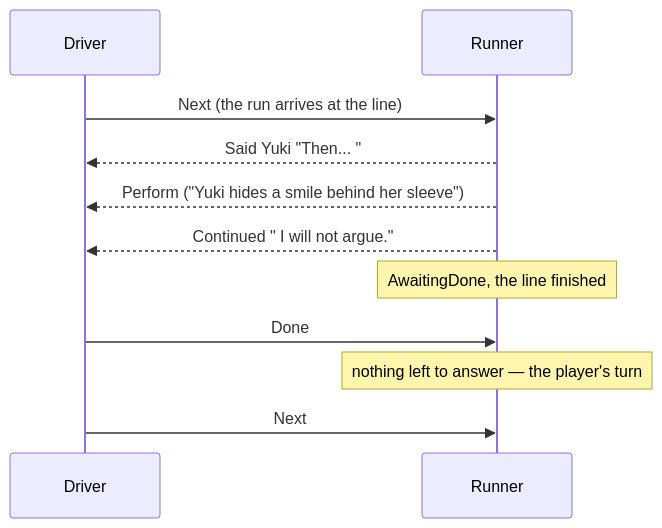
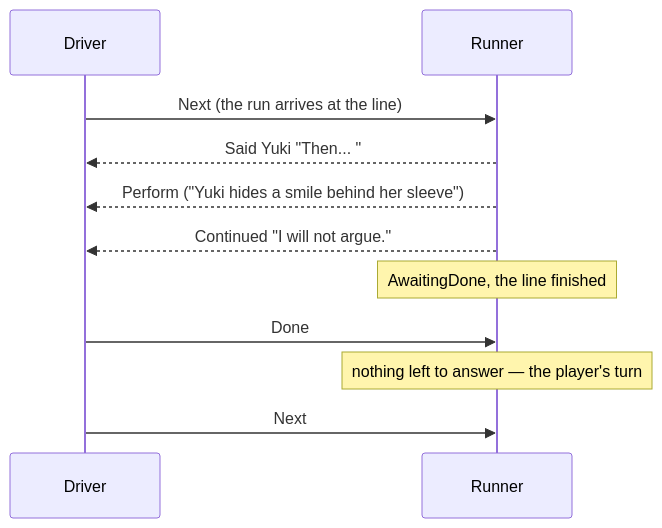
The first of 2 diagrams in docs/contributing/design-notes/runtime/Speaking a Line.md (pengzhengyi/dialoguedown), drawn with Mermaid before and after one commit. The commit also changed other lines of this file and 75 other files, not shown here.

````diff
--- a/docs/contributing/design-notes/runtime/Speaking a Line.md
+++ b/docs/contributing/design-notes/runtime/Speaking a Line.md
@@ -126,13 +129,13 @@
 ```mermaid
 sequenceDiagram
     participant D as Driver
     participant R as Runner
     D->>R: Next (the run arrives at the line)
     R-->>D: Said Yuki "Then... "
     R-->>D: Perform ("Yuki hides a smile behind her sleeve")
-    R-->>D: Continued " I will not argue."
+    R-->>D: Continued "I will not argue."
     Note over R: AwaitingDone, the line finished
     D->>R: Done
     Note over R: nothing left to answer — the player's turn
     D->>R: Next
 ```
````
